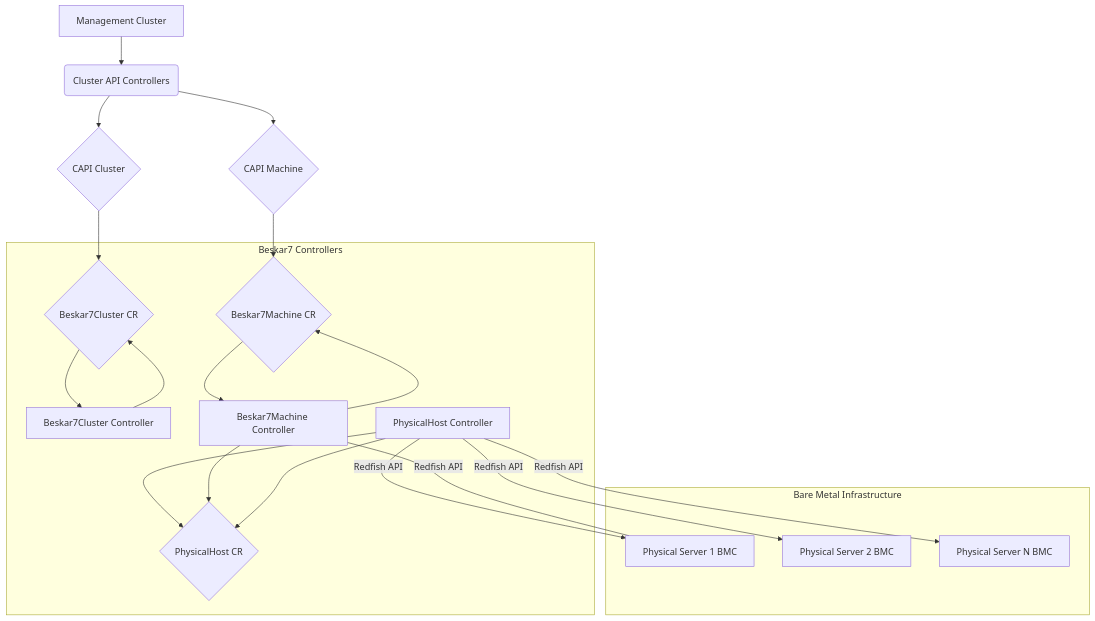
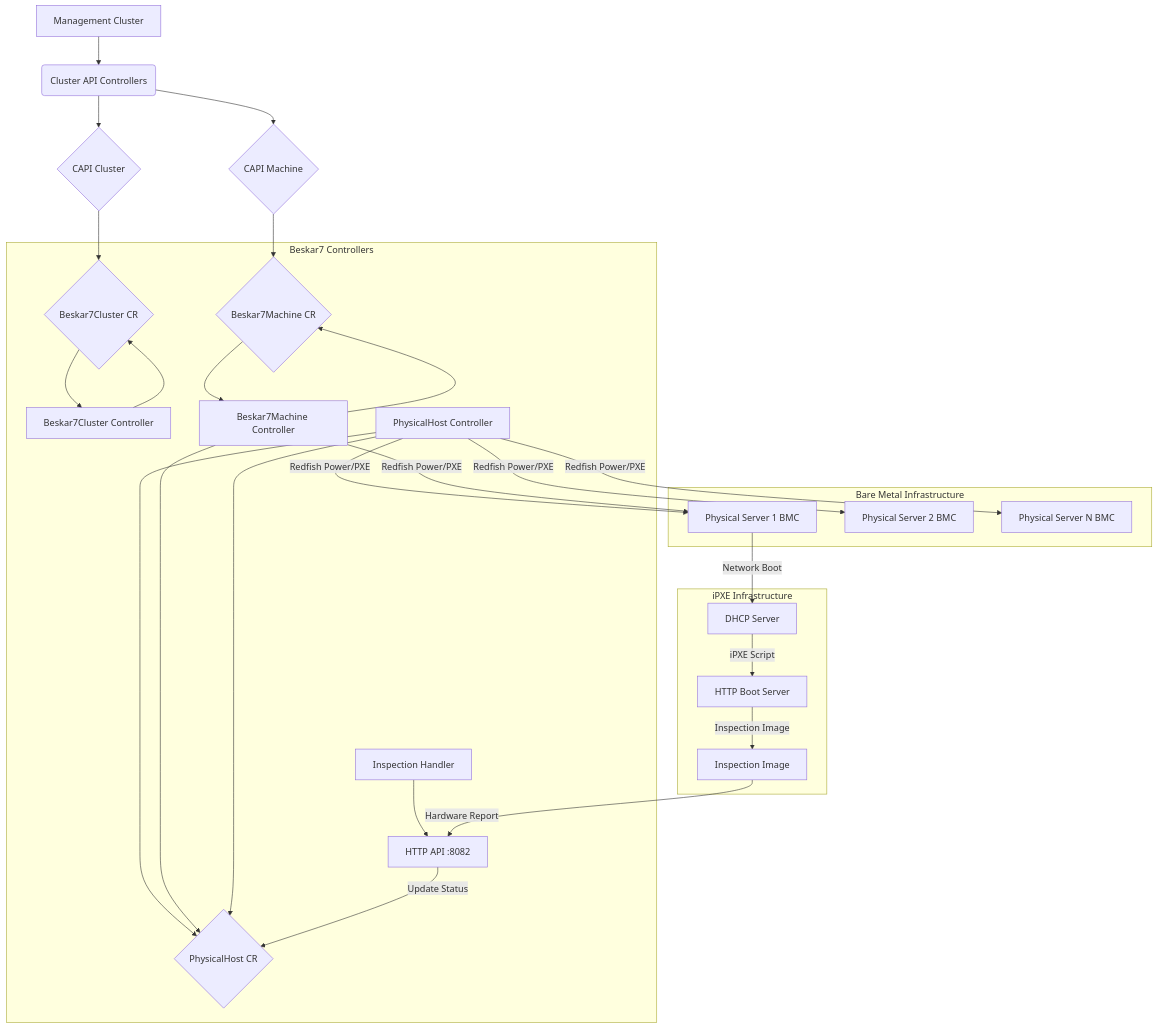
The diagram in docs/architecture.md (wrkode/beskar7), drawn with Mermaid before and after one commit. The commit also changed other lines of this file, not shown here.

Commit message:
update architecture

````diff
--- a/docs/architecture.md
+++ b/docs/architecture.md
@@ -11,31 +17,43 @@
 ```mermaid
 graph TD
     A[Management Cluster] --> B(Cluster API Controllers);
     B --> C{CAPI Cluster};
     B --> D{CAPI Machine};
     
     subgraph Beskar7 Controllers
         E[Beskar7Cluster Controller] --> F{Beskar7Cluster CR};
         G[Beskar7Machine Controller] --> H{Beskar7Machine CR};
         I[PhysicalHost Controller] --> J{PhysicalHost CR};
+        K[Inspection Handler] --> L[HTTP API :8082];
     end
 
     C --> F;
     F --> E;
     D --> H;
     H --> G;
     G --> J;
     I --> J;
     
     subgraph Bare Metal Infrastructure
-        K[Physical Server 1 BMC];
-        L[Physical Server 2 BMC];
-        M[Physical Server N BMC];
+        M[Physical Server 1 BMC];
+        N[Physical Server 2 BMC];
+        O[Physical Server N BMC];
     end
     
-    I -- Redfish API --> K;
-    I -- Redfish API --> L;
-    I -- Redfish API --> M;
-    G -- Redfish API --- K;
-    %% Comment: G (Beskar7Machine Controller) uses Redfish client for boot config
+    subgraph iPXE Infrastructure
+        P[DHCP Server];
+        Q[HTTP Boot Server];
+        R[Inspection Image];
+    end
+    
+    I -- Redfish Power/PXE --> M;
+    I -- Redfish Power/PXE --> N;
+    I -- Redfish Power/PXE --> O;
+    G -- Redfish Power/PXE --> M;
+    
+    M -- Network Boot --> P;
+    P -- iPXE Script --> Q;
+    Q -- Inspection Image --> R;
+    R -- Hardware Report --> L;
+    L -- Update Status --> J;
 ```
````
